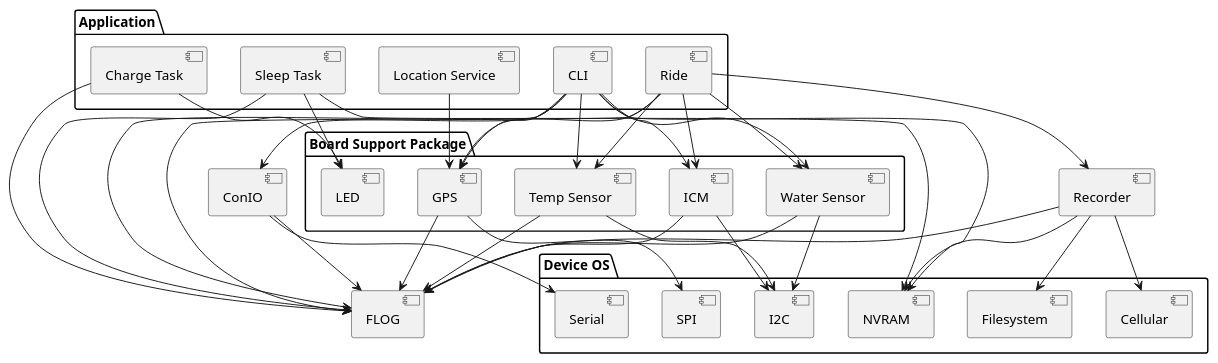
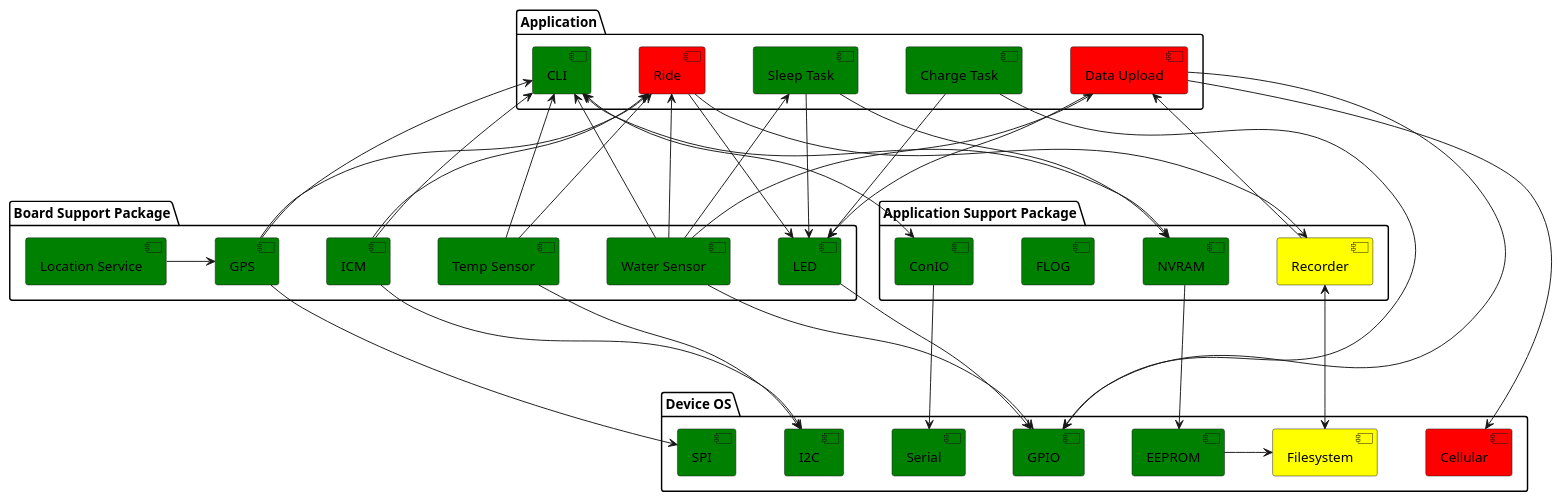
One commit to UCSD-E4E/smartfin-fw3 changed the diagram in docs/application.puml. Above: the diagram before and after it, drawn with PlantUML. The commit also changed other lines of this file, not shown here.

Commit message:
docs: Updates service diagram

```diff
--- a/docs/application.puml
+++ b/docs/application.puml
@@ -1,66 +4,87 @@
 @startuml Service Diagram
+top to bottom direction
+
+skinparam nodesep 50
+skinparam ranksep 150
+
 package "Device OS" {
-    [Cellular] as cellular
-    [I2C] as i2c
-    [Serial] as serial
-    [Filesystem] as fs
-    [SPI] as spi
-    [NVRAM] as nvram
+    [Cellular] as cellular #Red
+    [I2C] as i2c #Green
+    [Serial] as serial #Green
+    [Filesystem] as fs #Yellow
+    [SPI] as spi #Green
+    [GPIO] as gpio #Green
+    [EEPROM] as eeprom #Green
 }
 
 
 package "Application" {
-    [CLI] as cli
-    [Ride] as ride
-    [Charge Task] as charge_task
-    [Sleep Task] as sleep_task
-    [Location Service] as loc_service
+    [CLI] as cli #Green
+    [Ride] as ride #Red
+    [Charge Task] as charge_task #Green
+    [Sleep Task] as sleep_task #Green
+    [Data Upload] as upload #Red
 }
 
 package "Board Support Package" {
-    [Temp Sensor] as temp_sensor
-    [Water Sensor] as water_sensor
-    [GPS] as gps
-    [LED] as led
-    [ICM] as icm
+    [Temp Sensor] as temp_sensor #Green
+    [Water Sensor] as water_sensor #Green
+    [Location Service] as loc_service #Green
+    [GPS] as gps #Green
+    [LED] as led #Green
+    [ICM] as icm #Green
 }
-[ConIO] as conio
-[Recorder] as recorder
-[FLOG] as flog
 
-ride --> temp_sensor
-ride --> gps
-ride --> icm
+package "Application Support Package" {
+    [ConIO] as conio #Green
+    [Recorder] as recorder #Yellow
+    [FLOG] as flog #Green
+    [NVRAM] as nvram #Green
+}
+
+ride <-- temp_sensor
+ride <-- gps
+ride <-- icm
 ride --> recorder
-ride --> flog
-ride --> water_sensor
-loc_service --> gps
+' ride -r-> flog
+ride <-- water_sensor
+loc_service -r-> gps
 charge_task --> led
-charge_task --> flog
+' charge_task -r-> flog
 sleep_task --> led
 sleep_task --> nvram
-sleep_task --> flog
+' sleep_task -r-> flog
 
-cli --> gps
-cli --> temp_sensor
-cli --> conio
-cli --> flog
-cli --> icm
-cli --> nvram
-cli --> water_sensor
+cli <-- gps
+cli <-- temp_sensor
+cli <--> conio
+' cli -r-> flog
+cli <-- icm
+cli <--> nvram
+cli <-- water_sensor
 
 gps --> spi
 icm --> i2c
-water_sensor --> i2c
 temp_sensor --> i2c
 conio --> serial
-recorder --> fs
-recorder --> cellular
-recorder --> nvram
-recorder --> flog
-conio --> flog
-gps --> flog
-icm --> flog
-water_sensor --> flog
-temp_sensor --> flog
+recorder <--> fs
+
+water_sensor --> gpio
+led --> gpio
+ride --> led
+nvram --> eeprom
+eeprom -> fs
+upload <-- recorder
+upload --> cellular
+upload <-- water_sensor
+upload --> led
+charge_task --> gpio
+upload --> gpio
+sleep_task <-- water_sensor
+' recorder -u-> flog
+' conio -u-> flog
+' gps -u-> flog
+' icm -u-> flog
+' water_sensor -u-> flog
+' temp_sensor -u-> flog
 @enduml
```
